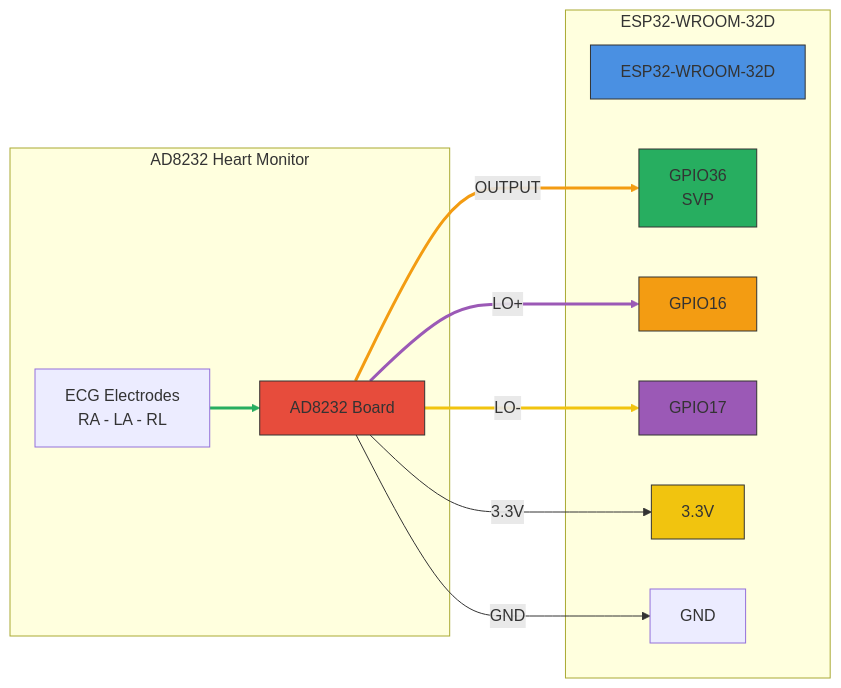
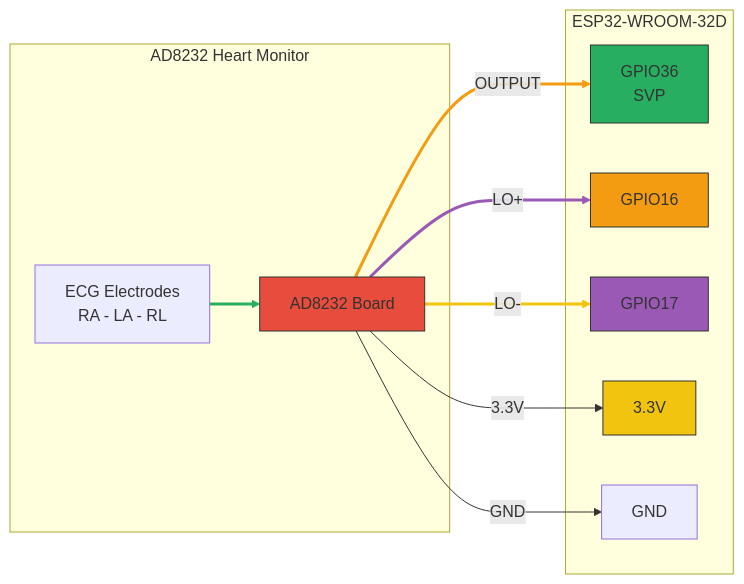
Before and after one commit to HeyHeyHeyHeyHe/ecg-monitor-rtos-pi: the second of 3 diagrams in README.md, drawn with Mermaid. The commit also changed other lines of this file, not shown here.

Commit message:
feat: Continue updating README.md - Refine diagrams

````diff
--- a/README.md
+++ b/README.md
@@ -70,36 +70,34 @@
   ```mermaid
   graph LR
     subgraph "ESP32-WROOM-32D"
-        ESP[ESP32-WROOM-32D]
         GPIO36[GPIO36\nSVP]
         GPIO16[GPIO16]
         GPIO17[GPIO17]
         V33[3.3V]
         GND1[GND]
     end
 
     subgraph "AD8232 Heart Monitor"
         AD[AD8232 Board]
         Electrodes[ECG Electrodes\nRA - LA - RL]
     end
 
     Electrodes --> AD
 
     AD -->|"OUTPUT"| GPIO36
     AD -->|"LO+"| GPIO16
     AD -->|"LO-"| GPIO17
     AD -->|"3.3V"| V33
     AD -->|"GND"| GND1
 
-    style ESP fill:#4a90e2,stroke:#333
     style AD fill:#e74c3c,stroke:#333
     style GPIO36 fill:#27ae60,stroke:#333
     style GPIO16 fill:#f39c12,stroke:#333
     style GPIO17 fill:#9b59b6,stroke:#333
     style V33 fill:#f1c40f,stroke:#333
 
     linkStyle 0 stroke:#27ae60,stroke-width:3px
     linkStyle 1 stroke:#f39c12,stroke-width:3px
     linkStyle 2 stroke:#9b59b6,stroke-width:3px
     linkStyle 3 stroke:#f1c40f,stroke-width:3px
   ```
````
